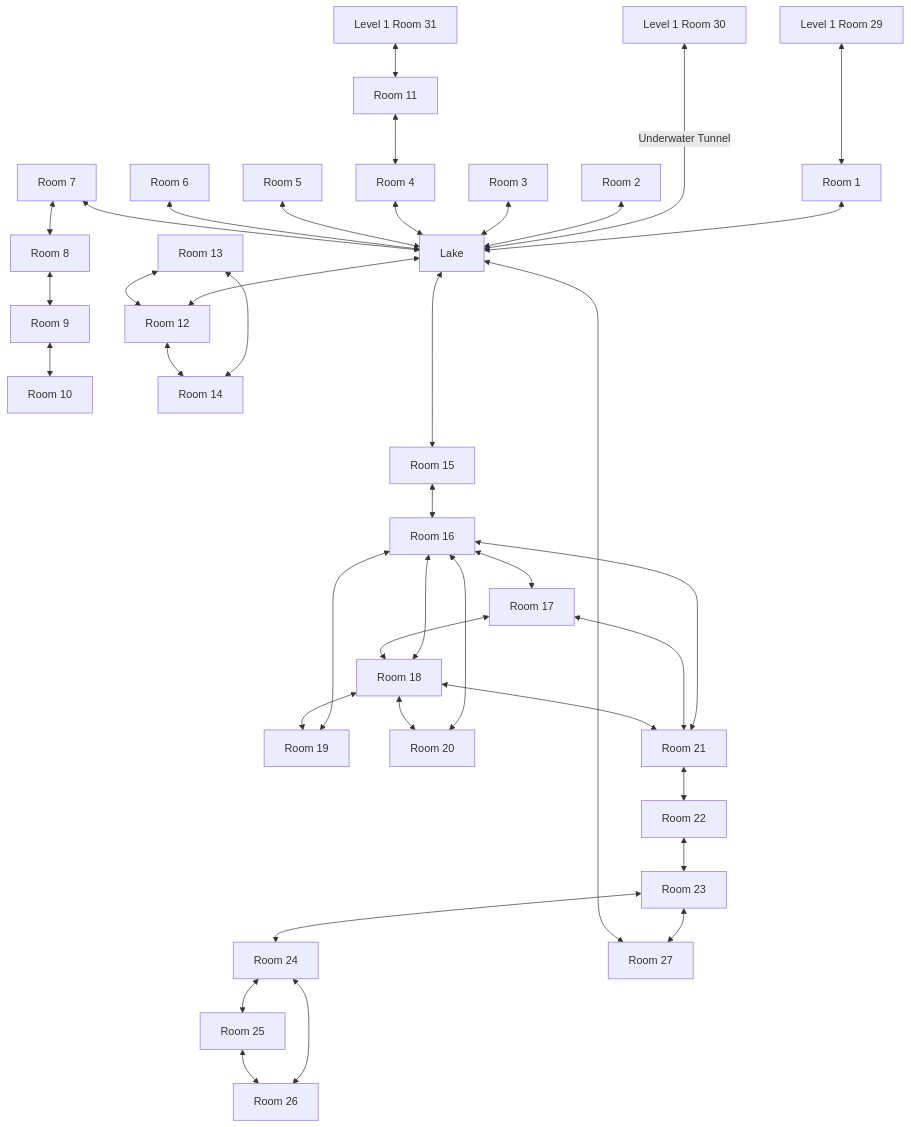
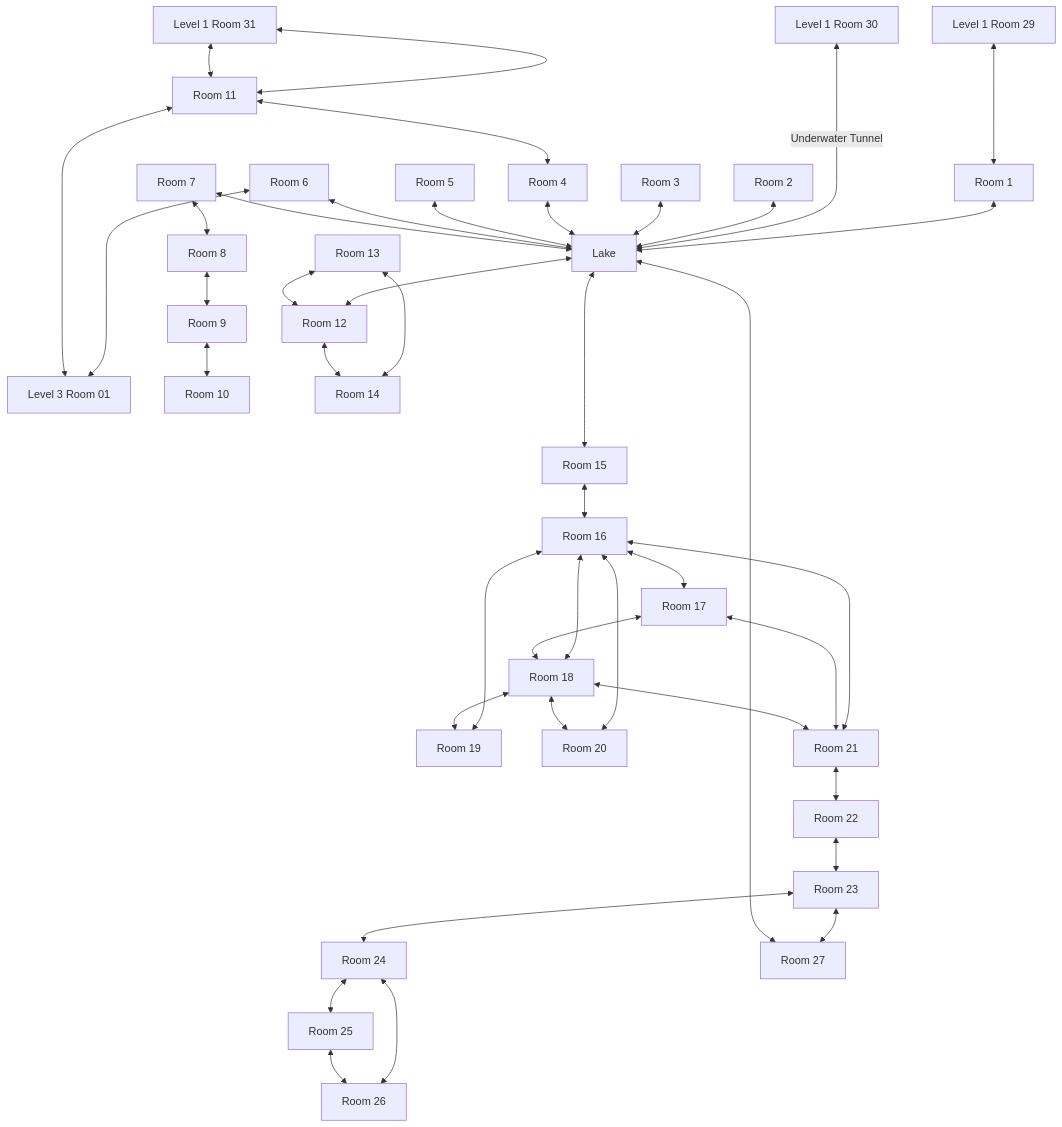
One commit to SlothBorg/Dungeon23 changed the diagram in Dungeon/Level_02/README.md. Above: the diagram before and after it, drawn with Mermaid. The commit also changed 4 other files, not shown here.

````diff
--- a/Dungeon/Level_02/README.md
+++ b/Dungeon/Level_02/README.md
@@ -3,40 +3,42 @@
 ```mermaid
 flowchart TD
     A29[Level 1 Room 29] <---> B1[Room 1]
     B1 <--> La[Lake]
     A30[Level 1 Room 30] <-- Underwater Tunnel ----> La
     B2[Room 2] <--> La
     B3[Room 3] <--> La
     B4[Room 4] <--> La
     B5[Room 5] <--> La
     B6[Room 6] <--> La
+    B6 <----> C1[Level 3 Room 01]
     B7[Room 7] <--> La
     B7 <--> B8[Room 8]
     B8 <--> B9[Room 9]
     B9 <--> B10[Room 10]
     A31[Level 1 Room 31] <--> B11[Room 11] <--> B4
+    A31[Level 1 Room 31] <--> B11[Room 11] <---> C1
     La <--> B12[Room 12]
     B13[Room 13] <--> B12
     B13 <--> B14[Room 14]
     B12 <--> B14
     La <----> B15[Room 15]
     B15 <--> B16[Room 16]
     B16 <--> B17[Room 17]
     B16 <--> B18[Room 18]
     B17 <--> B18
     B16 <--> B19[Room 19]
     B18 <--> B19
     B16 <--> B20[Room 20]
     B18 <--> B20
     B16 <--> B21[Room 21]
     B17 <--> B21
     B18 <--> B21
     B21 <--> B22[Room 22]
     B22 <--> B23[Room 23]
     B23 <--> B24[Room 24]
     B24 <--> B25[Room 25]
     B24 <--> B26[Room 26]
     B25 <--> B26
     B23 <--> B27[Room 27]
     B27 <--> La
 ```
````
